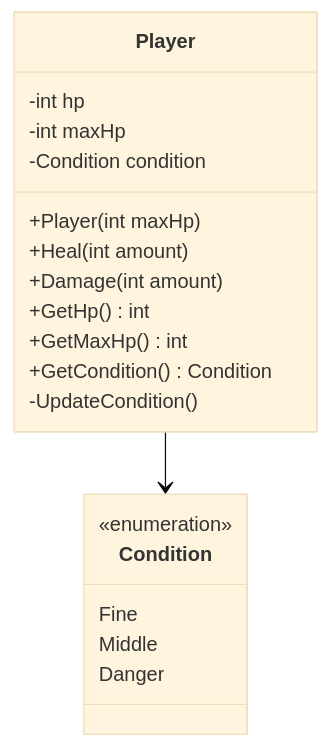
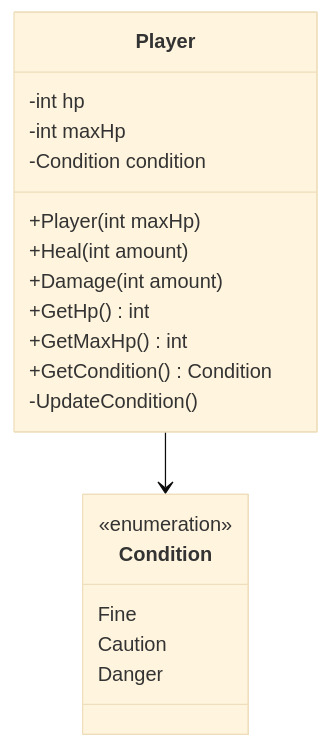
Before and after one commit to fuddt/Cplus: the first of 7 diagrams in CsharpVer/chapter-01-player.md, drawn with Mermaid (base theme). The commit also changed other lines of this file and 15 other files, not shown here.

````diff
--- a/CsharpVer/chapter-01-player.md
+++ b/CsharpVer/chapter-01-player.md
@@ -18,24 +18,24 @@
 ```mermaid
 classDiagram
     class Player {
         -int hp
         -int maxHp
         -Condition condition
         +Player(int maxHp)
         +Heal(int amount)
         +Damage(int amount)
         +GetHp() int
         +GetMaxHp() int
         +GetCondition() Condition
         -UpdateCondition()
     }
 
     class Condition {
         <<enumeration>>
         Fine
-        Middle
+        Caution
         Danger
     }
 
     Player --> Condition
 ```
````
